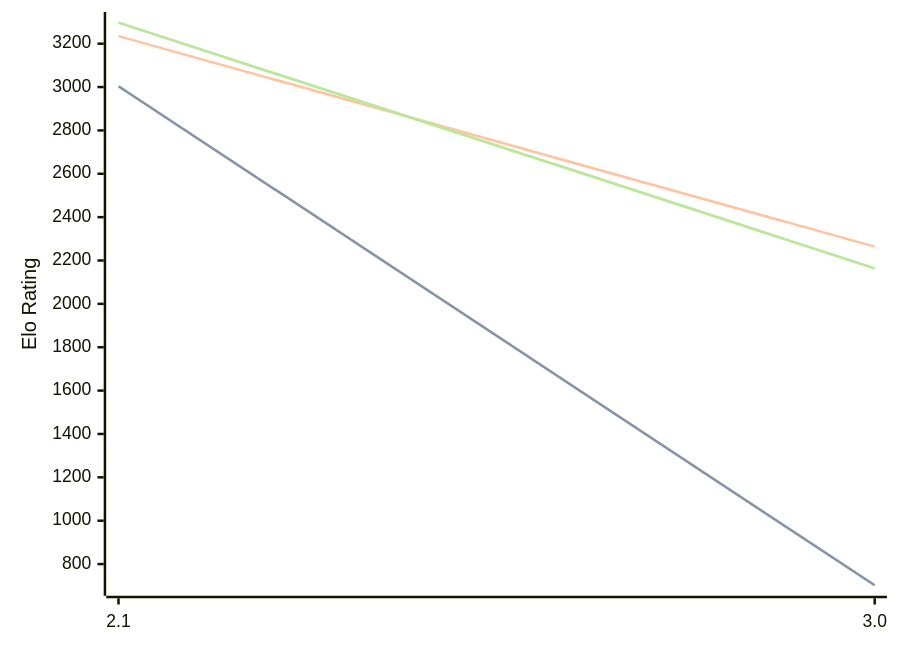
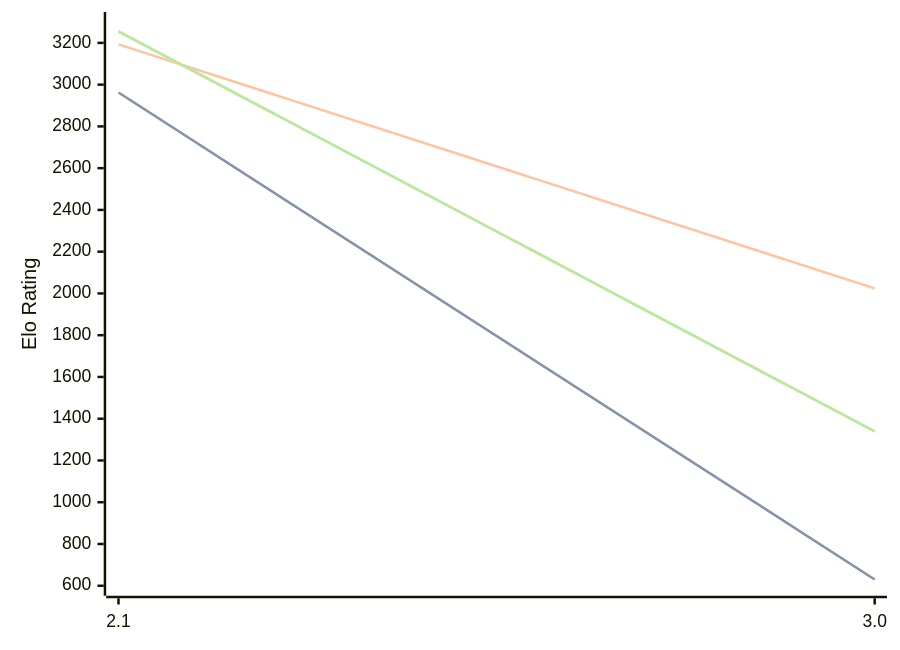
One commit to computer-chess-index/cci changed the diagram in engines/Quirky.md. Above: the diagram before and after it, drawn with Mermaid. The commit also changed other lines of this file, not shown here.

Commit message:
Update CCI Ratings (ELO VLTC) - 2026-05-19

````diff
--- a/engines/Quirky.md
+++ b/engines/Quirky.md
@@ -34,11 +34,11 @@
 ```mermaid
 %%{init: {"theme":"base","themeVariables":{"seriesColors:['#a3a3a3','#222221','#faa371']}}}%%
 xychart-beta
   x-axis ["2.1", "3.0"]
-  y-axis "Elo Rating" 700 --> 3300
-  line "STC (8.0+0.08s)" [3004, 702]
-  line "STC (8.0+0.08s)" [3004, 702]
-  line "LTC (60.0+0.60s)" [3235, 2264]
-  line "VLTC (2m24s+1.12s)" [3297, 2164]
-  line "VLTC (2m24s+1.12s)" [3297, 2164]
+  y-axis "Elo Rating" 600 --> 3300
+  line "STC (8.0+0.08s)" [2962, 630]
+  line "STC (8.0+0.08s)" [2962, 630]
+  line "LTC (60.0+0.60s)" [3193, 2024]
+  line "VLTC (2m24s+1.12s)" [3255, 1339]
+  line "VLTC (2m24s+1.12s)" [3255, 1339]
 ```
````
